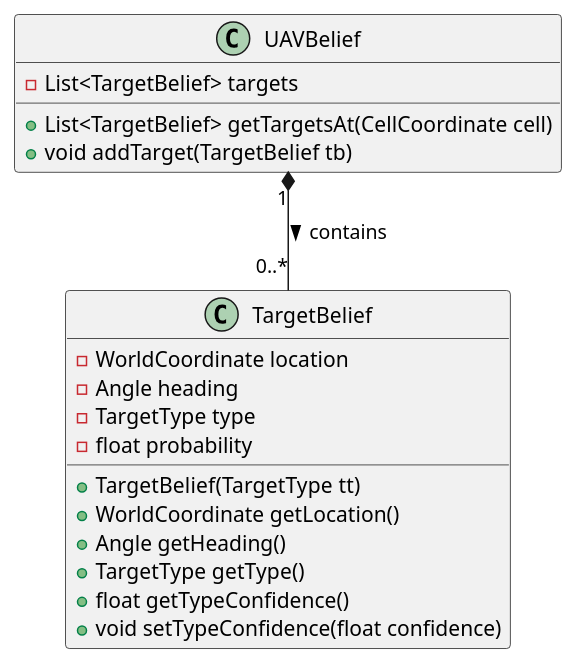
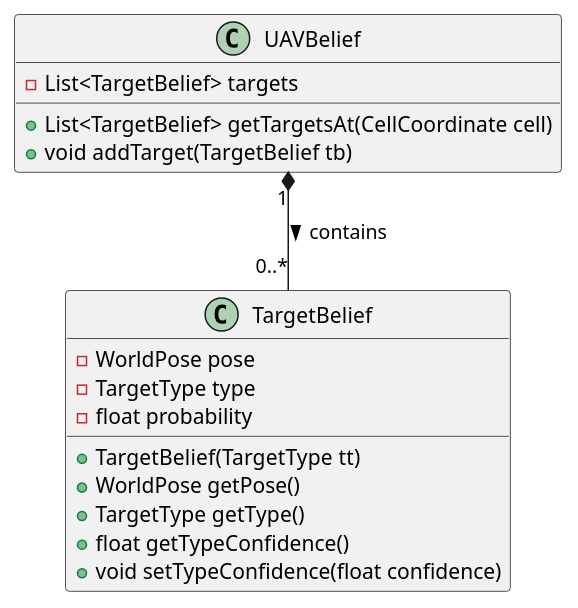
One commit to tansir1/thesis changed the diagram in dissertation/diagrams/belief_class.pu. Above: the diagram before and after it, drawn with PlantUML. The commit also changed 2 other files, not shown here.

```diff
--- a/dissertation/diagrams/belief_class.pu
+++ b/dissertation/diagrams/belief_class.pu
@@ -1,28 +1,26 @@
 @startuml
 
 'Disable graphic icons for private/public/protected/package private
 'skinparam classAttributeIconSize 0
 
 Class UAVBelief{
 -List<TargetBelief> targets
 'Due to target misclassifications could have multiple beliefs at same location
 +List<TargetBelief> getTargetsAt(CellCoordinate cell)
 +void addTarget(TargetBelief tb)
 }
 
 Class TargetBelief{
--WorldCoordinate location
--Angle heading
+-WorldPose pose
 -TargetType type
 -float probability
 +TargetBelief(TargetType tt)
-+WorldCoordinate getLocation()
-+Angle getHeading()
++WorldPose getPose()
 +TargetType getType()
 +float getTypeConfidence()
 +void setTypeConfidence(float confidence)
 }
 
 UAVBelief "1" *-- "0..*" TargetBelief : contains >
 
 @enduml
```
